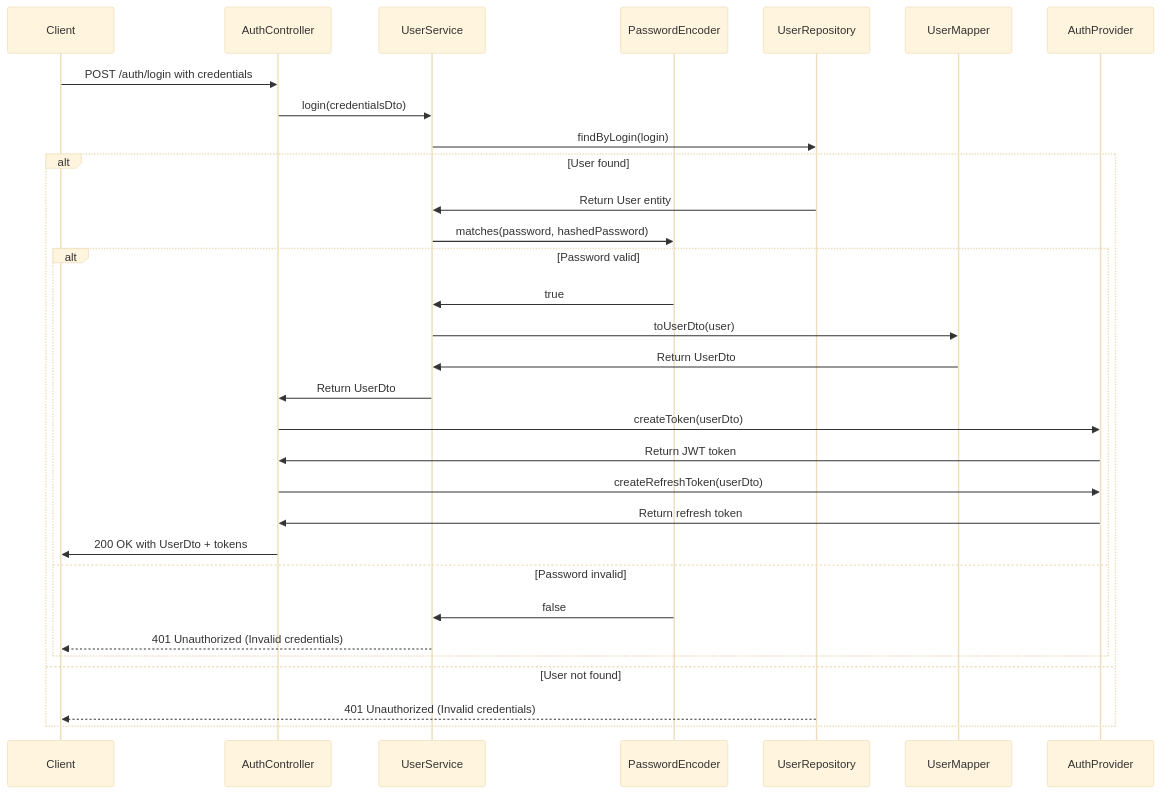
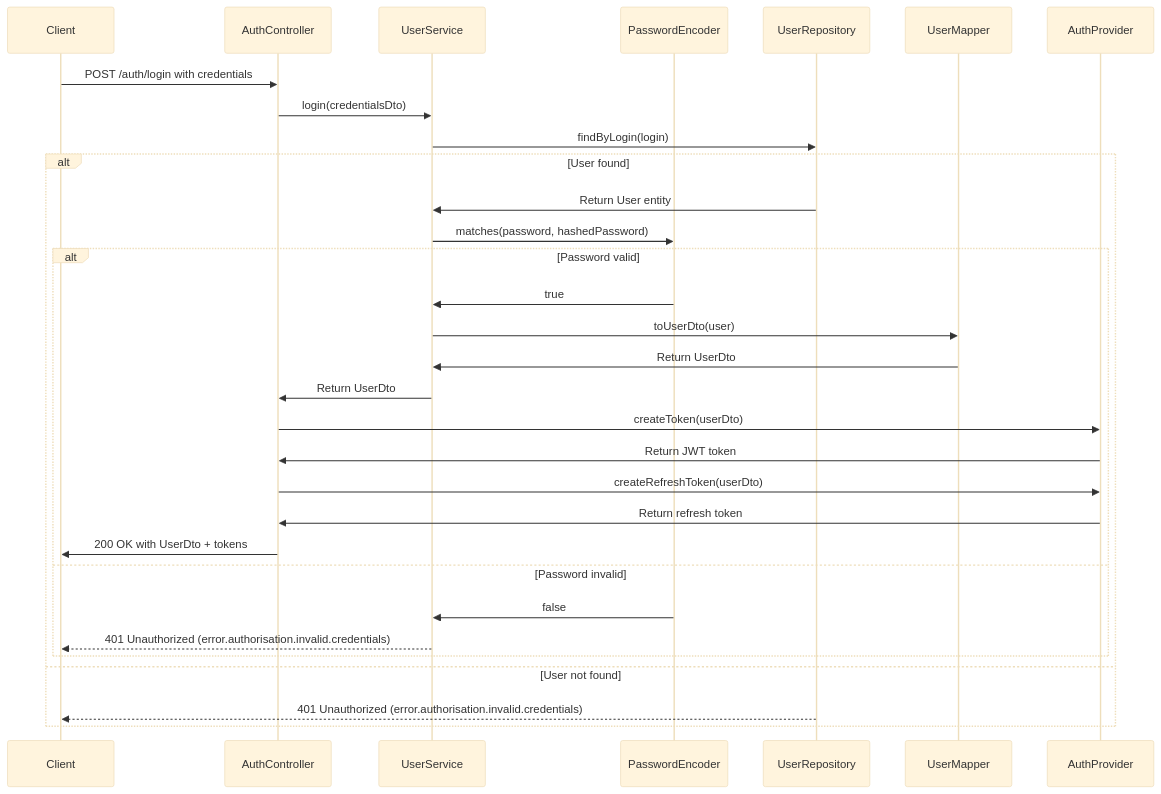
One commit to OrifInformatique/spring-auth changed the third of 10 diagrams in docs/process-documentation.md. Above: the diagram before and after it, drawn with Mermaid (base theme). The commit also changed other lines of this file, not shown here.

````diff
--- a/docs/process-documentation.md
+++ b/docs/process-documentation.md
@@ -219,36 +219,36 @@
 ```mermaid
 sequenceDiagram
     participant Client
     participant AuthController
     participant UserService
     participant PasswordEncoder
     participant UserRepository
     participant UserMapper
     participant AuthProvider
 
     Client->>AuthController: POST /auth/login with credentials
     AuthController->>UserService: login(credentialsDto)
     UserService->>UserRepository: findByLogin(login)
     
     alt User found
         UserRepository->>UserService: Return User entity
         UserService->>PasswordEncoder: matches(password, hashedPassword)
         
         alt Password valid
             PasswordEncoder->>UserService: true
             UserService->>UserMapper: toUserDto(user)
             UserMapper->>UserService: Return UserDto
             UserService->>AuthController: Return UserDto
             AuthController->>AuthProvider: createToken(userDto)
             AuthProvider->>AuthController: Return JWT token
             AuthController->>AuthProvider: createRefreshToken(userDto)
             AuthProvider->>AuthController: Return refresh token
             AuthController->>Client: 200 OK with UserDto + tokens
         else Password invalid
             PasswordEncoder->>UserService: false
-            UserService-->>Client: 401 Unauthorized (Invalid credentials)
+            UserService-->>Client: 401 Unauthorized (error.authorisation.invalid.credentials)
         end
     else User not found
-        UserRepository-->>Client: 401 Unauthorized (Invalid credentials)
+        UserRepository-->>Client: 401 Unauthorized (error.authorisation.invalid.credentials)
     end
 ```
````
